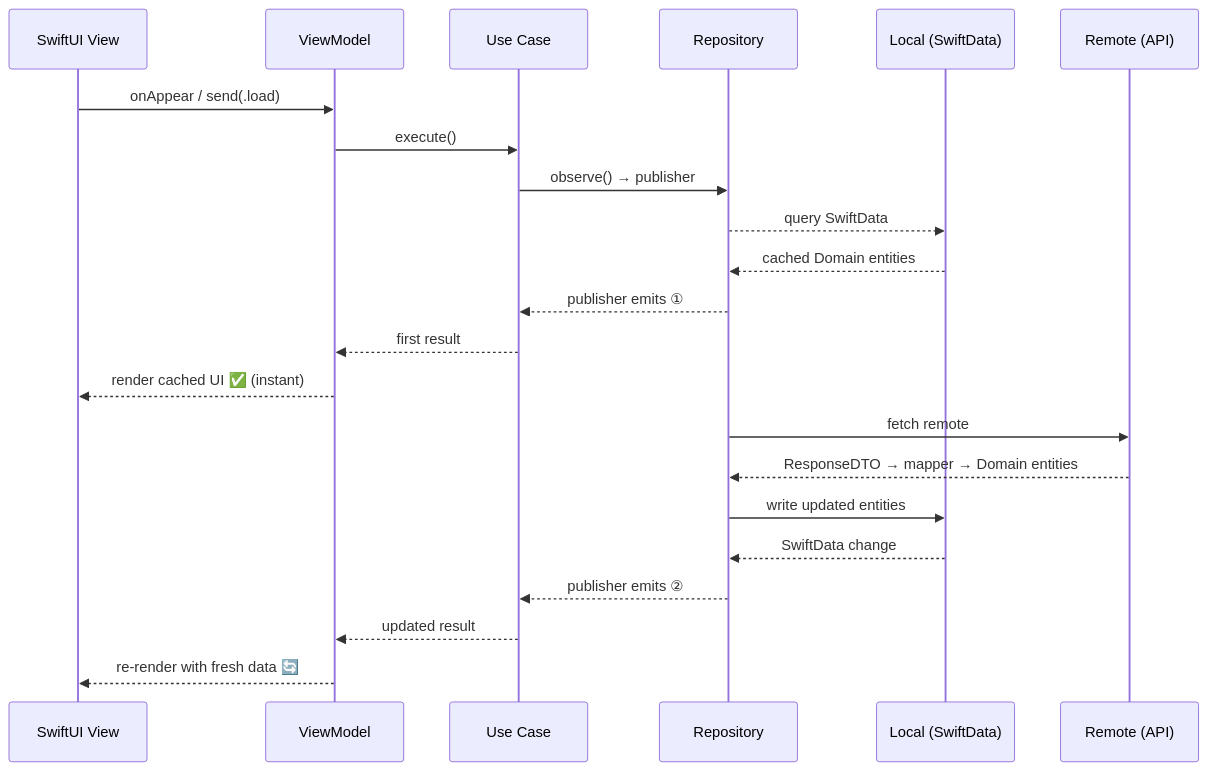
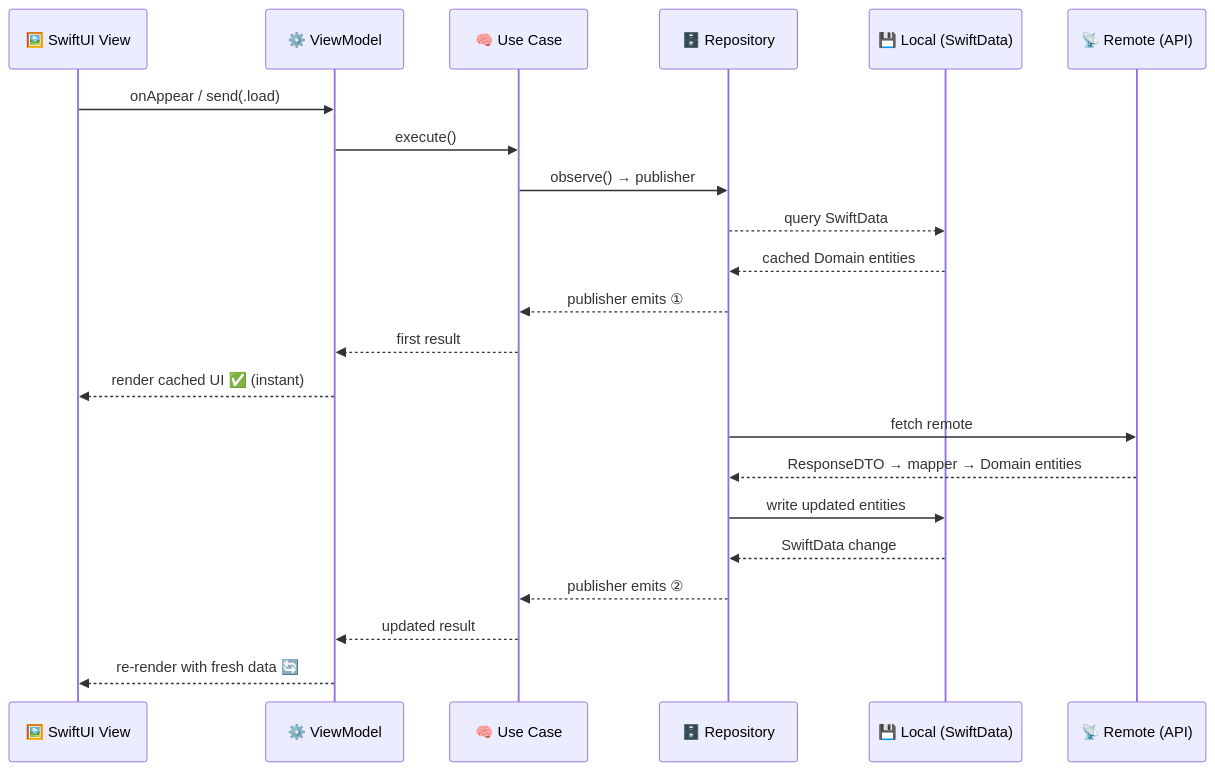
The second of 2 diagrams in README.md (Awan-app/Awan-iOS), drawn with Mermaid before and after one commit. The commit also changed other lines of this file, not shown here.

Commit message:
docs: enhance README with descriptive emojis for sections, tables, and diagrams

````diff
--- a/README.md
+++ b/README.md
@@ -61,26 +61,26 @@
 ```mermaid
 sequenceDiagram
-    participant V as SwiftUI View
-    participant VM as ViewModel
-    participant UC as Use Case
-    participant R as Repository
-    participant L as Local (SwiftData)
-    participant N as Remote (API)
+    participant V as 🖼️ SwiftUI View
+    participant VM as ⚙️ ViewModel
+    participant UC as 🧠 Use Case
+    participant R as 🗄️ Repository
+    participant L as 💾 Local (SwiftData)
+    participant N as 📡 Remote (API)
 
     V->>VM: onAppear / send(.load)
     VM->>UC: execute()
     UC->>R: observe() → publisher
     R-->>L: query SwiftData
     L-->>R: cached Domain entities
     R-->>UC: publisher emits ①
     UC-->>VM: first result
     VM-->>V: render cached UI ✅ (instant)
 
     R->>N: fetch remote
     N-->>R: ResponseDTO → mapper → Domain entities
     R->>L: write updated entities
     L-->>R: SwiftData change
     R-->>UC: publisher emits ②
     UC-->>VM: updated result
     VM-->>V: re-render with fresh data 🔄
 ```
````
